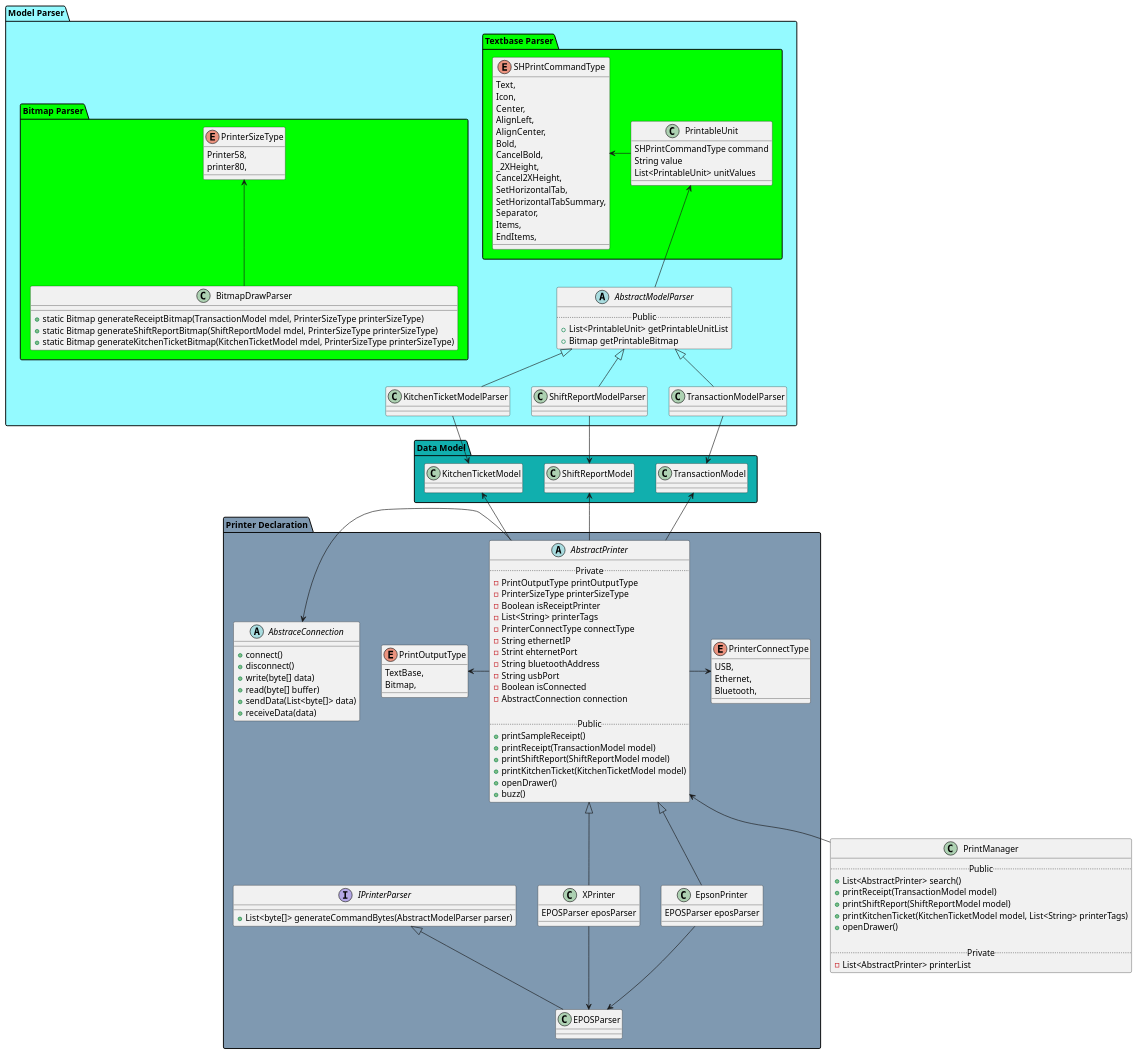
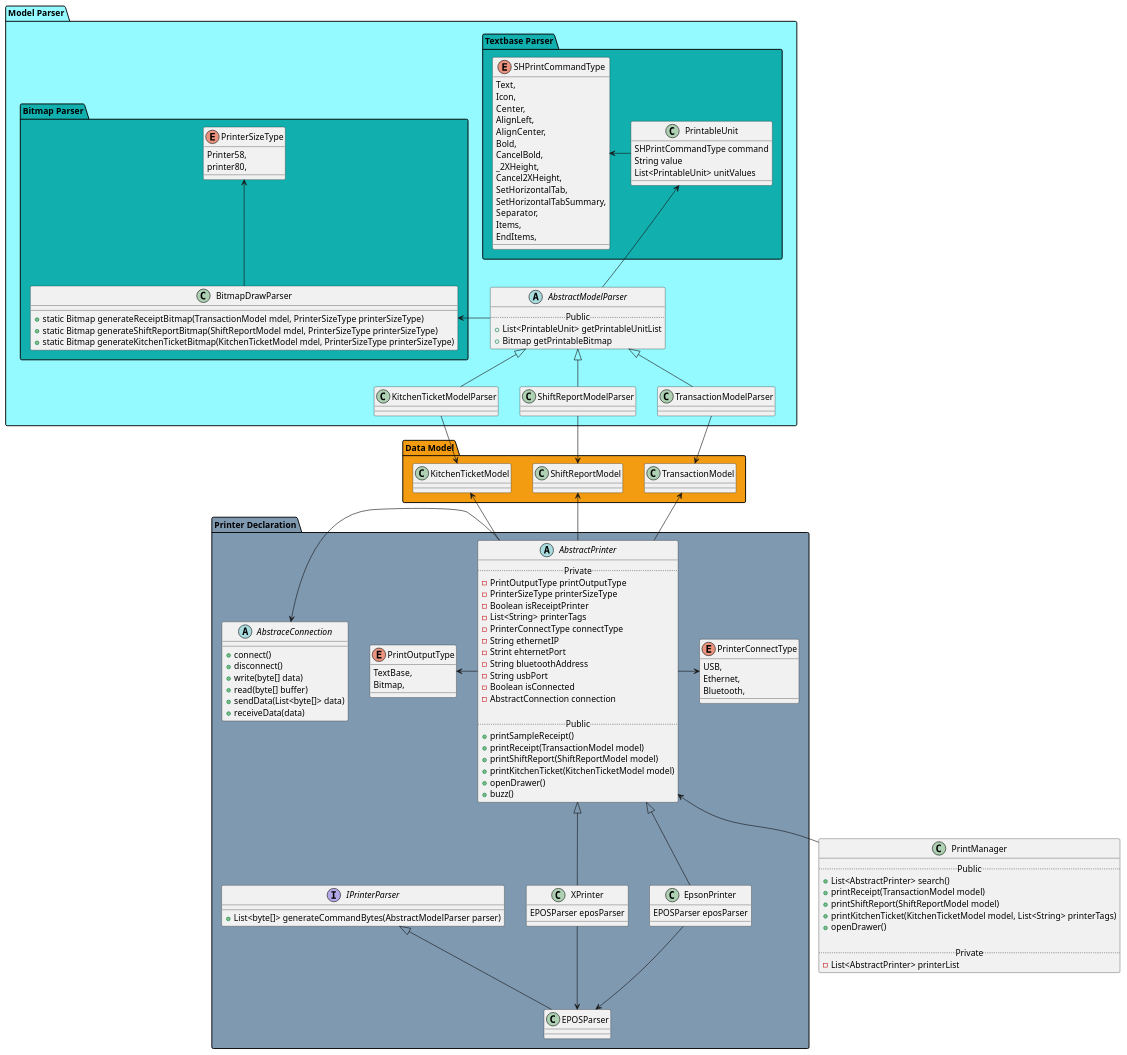
Before and after one commit to sumyfly/myUml: the diagram in src/example/printer.wsd, drawn with PlantUML.

Commit message:
update printer uml

```diff
--- a/src/example/printer.wsd
+++ b/src/example/printer.wsd
@@ -1,177 +1,178 @@
 @startuml printer
 
-package "Data Model" #11AFAE {
+package "Data Model" #F39C12 {
   class TransactionModel {
   }
 
   class ShiftReportModel {
   }
 
   class KitchenTicketModel {
   }
 
 }
 
 package "Model Parser" #94FAFF {
-  package "Textbase Parser" #00FF00 {
+  package "Textbase Parser" #11AFAE {
 
     enum SHPrintCommandType {
       Text,
       Icon,
       Center,
       AlignLeft,
       AlignCenter,
       Bold,
       CancelBold,
       _2XHeight,
       Cancel2XHeight,
       SetHorizontalTab,
       SetHorizontalTabSummary,
       Separator,
       Items,
       EndItems,
     }
 
     class PrintableUnit {
       SHPrintCommandType command
       String value
       List<PrintableUnit> unitValues
     }
   }
 
-  package "Bitmap Parser" #00FF00 {
+  package "Bitmap Parser" #11AFAE {
     enum PrinterSizeType {
       Printer58,
       printer80,
     }
 
     ' temp class, will move logic into specific model parser.
     class BitmapDrawParser {
       + static Bitmap generateReceiptBitmap(TransactionModel mdel, PrinterSizeType printerSizeType)
       + static Bitmap generateShiftReportBitmap(ShiftReportModel mdel, PrinterSizeType printerSizeType)
       + static Bitmap generateKitchenTicketBitmap(KitchenTicketModel mdel, PrinterSizeType printerSizeType)
     }
 
     PrinterSizeType <-- BitmapDrawParser
   }
 
   abstract class AbstractModelParser{
     .. Public ..
     + List<PrintableUnit> getPrintableUnitList
     + Bitmap getPrintableBitmap
   }
 
   SHPrintCommandType <- PrintableUnit
 
   class TransactionModelParser {
   }
 
   class ShiftReportModelParser {
   }
 
   class KitchenTicketModelParser {
   }
 
   PrintableUnit <-- AbstractModelParser
+  BitmapDrawParser <- AbstractModelParser
 
   AbstractModelParser <|-- TransactionModelParser
   TransactionModelParser --> TransactionModel
 
   AbstractModelParser <|-- ShiftReportModelParser
   ShiftReportModelParser --> ShiftReportModel
 
   AbstractModelParser <|-- KitchenTicketModelParser
   KitchenTicketModelParser --> KitchenTicketModel
 }
 
 package "Printer Declaration" #7F99B1 {
   enum PrinterConnectType{
     USB,
     Ethernet,
     Bluetooth,
   }
 
   enum PrintOutputType {
     TextBase,
     Bitmap,
   }
 
   abstract class AbstraceConnection {
     + connect()
     + disconnect()
     + write(byte[] data)
     + read(byte[] buffer)
     + sendData(List<byte[]> data)
     + receiveData(data)
   }
 
   abstract class AbstractPrinter{
     .. Private ..
     - PrintOutputType printOutputType
     - PrinterSizeType printerSizeType
     - Boolean isReceiptPrinter
     - List<String> printerTags
     - PrinterConnectType connectType
     - String ethernetIP
     - Strint ehternetPort
     - String bluetoothAddress
     - String usbPort
     - Boolean isConnected
     - AbstractConnection connection
 
     .. Public ..
     + printSampleReceipt()
     + printReceipt(TransactionModel model)
     + printShiftReport(ShiftReportModel model)
     + printKitchenTicket(KitchenTicketModel model)
     + openDrawer()
     + buzz()
   }
 
   PrintOutputType <- AbstractPrinter
   AbstraceConnection <- AbstractPrinter
   AbstractPrinter -> PrinterConnectType
 
   TransactionModel <-- AbstractPrinter
   ShiftReportModel <-- AbstractPrinter
   KitchenTicketModel <-- AbstractPrinter
 
   interface IPrinterParser {
     + List<byte[]> generateCommandBytes(AbstractModelParser parser)
   }
 
   class EPOSParser {
   }
 
   class XPrinter {
     EPOSParser eposParser
   }
 
   class EpsonPrinter {
     EPOSParser eposParser
   }
 
   AbstractPrinter <|-- XPrinter
   XPrinter --> EPOSParser
 
   AbstractPrinter <|-- EpsonPrinter
   EpsonPrinter --> EPOSParser
 
   IPrinterParser  <|-- EPOSParser
 }
 
 class PrintManager {
   .. Public ..
   + List<AbstractPrinter> search()
   + printReceipt(TransactionModel model)
   + printShiftReport(ShiftReportModel model)
   + printKitchenTicket(KitchenTicketModel model, List<String> printerTags)
   + openDrawer()
 
   .. Private ..
   - List<AbstractPrinter> printerList
 }
 
 AbstractPrinter <-- PrintManager
 
 @enduml
```
